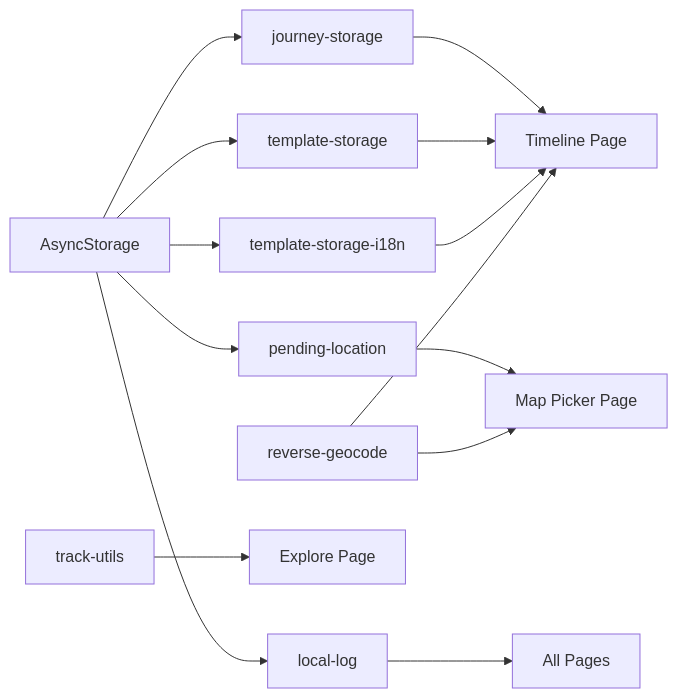
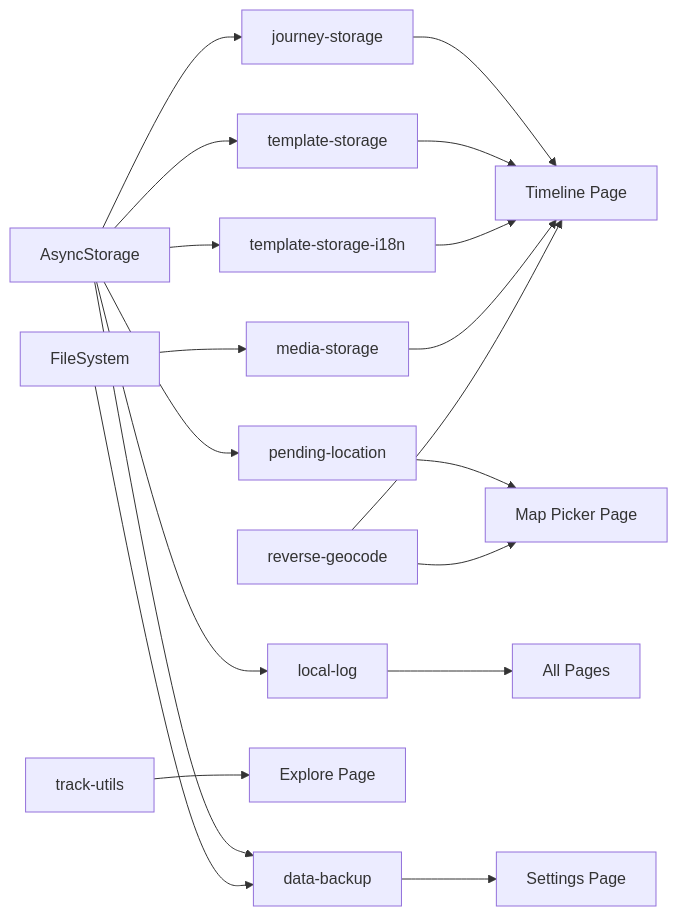
Before and after one commit to dsjerry/gowherer-web: the diagram in docs/en/services.md, drawn with Mermaid. The commit also changed other lines of this file and 6 other files, not shown here.

````diff
--- a/docs/en/services.md
+++ b/docs/en/services.md
@@ -271,18 +335,24 @@
 ```mermaid
 flowchart LR
     Storage[AsyncStorage] --> JourneyStorage[journey-storage]
     Storage --> TemplateStorage[template-storage]
     Storage --> TemplateI18n[template-storage-i18n]
     Storage --> PendingLocation[pending-location]
     Storage --> LocalLog[local-log]
+    Storage --> DataBackup[data-backup]
+
+    FileSystem[FileSystem] --> MediaStorage[media-storage]
+    FileSystem --> DataBackup
 
     JourneyStorage --> JourneyPage[Timeline Page]
     TemplateStorage --> JourneyPage
     TemplateI18n --> JourneyPage
     PendingLocation --> LocationPicker[Map Picker Page]
+    DataBackup --> SettingsPage[Settings Page]
 
     TrackUtils[track-utils] --> ExplorePage[Explore Page]
+    MediaStorage --> JourneyPage
     ReverseGeocode[reverse-geocode] --> LocationPicker
     ReverseGeocode --> JourneyPage
     LocalLog --> AllPages[All Pages]
 ```
````
